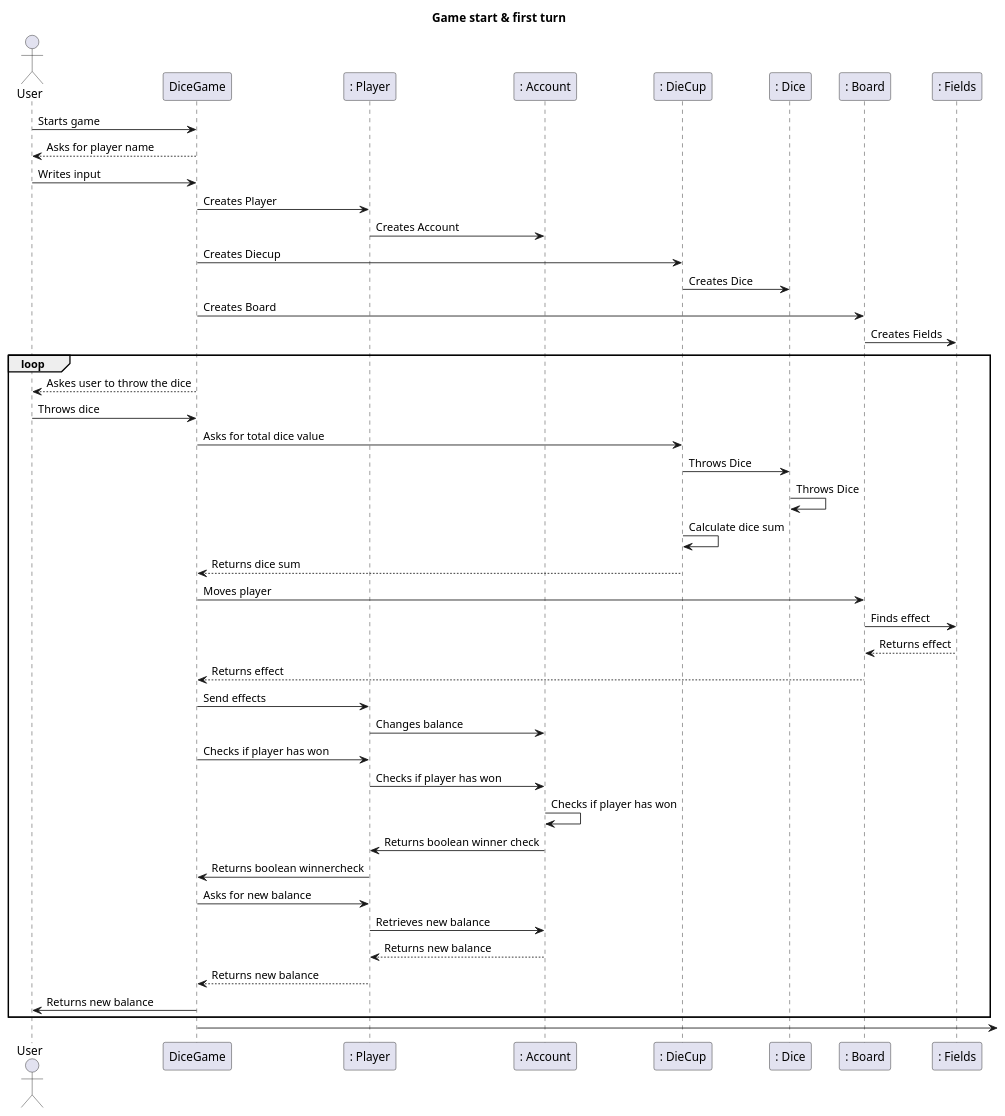
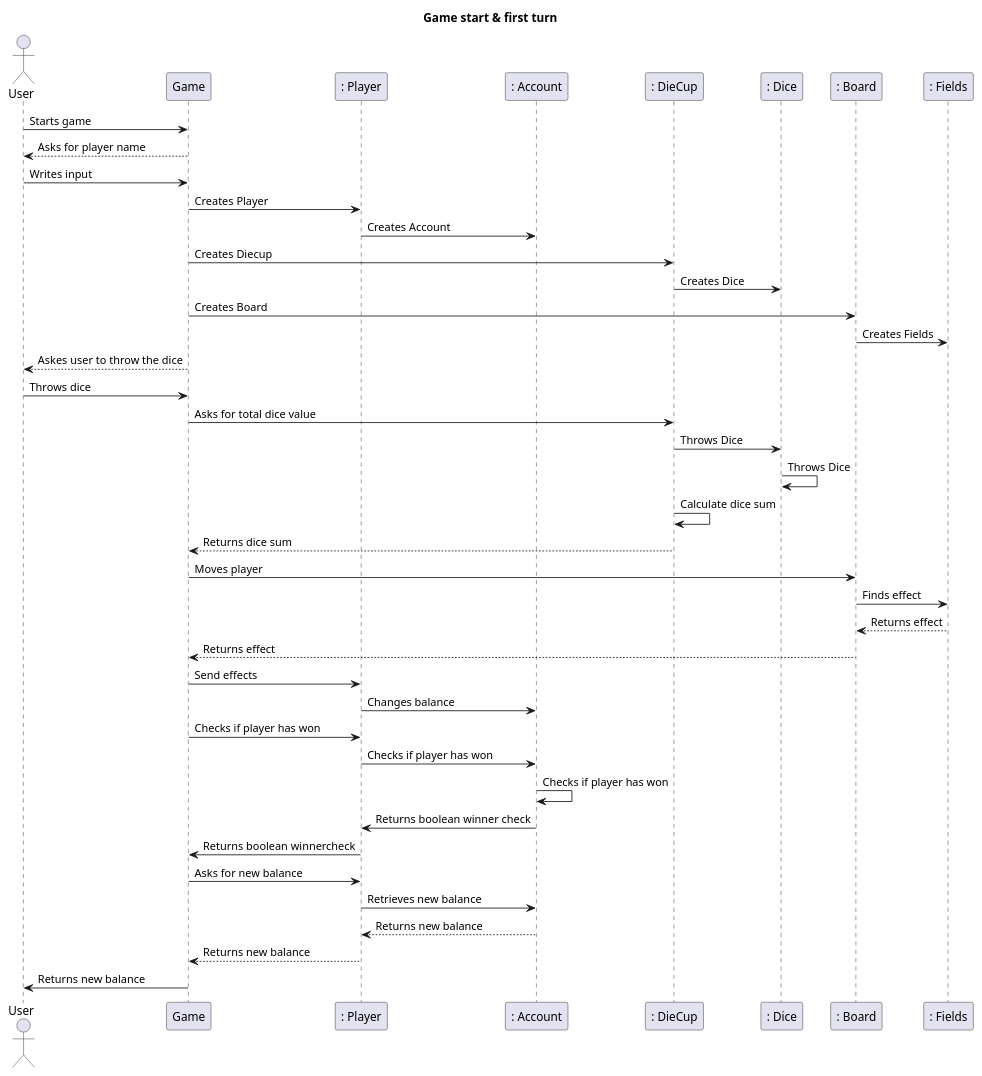
One commit to PhilipCramer/CDIO_del2 changed the diagram in src/main/resources/SystemSequenceDiagram.puml. Above: the diagram before and after it, drawn with PlantUML.

Commit message:
Minor changes to System Sequence Diagram

```diff
--- a/src/main/resources/SystemSequenceDiagram.puml
+++ b/src/main/resources/SystemSequenceDiagram.puml
@@ -1,49 +1,48 @@
 @startuml SystemSequenceDiagram
 title "Game start & first turn"
 actor User
-participant DiceGame
+participant Game
+participant Game
 participant ": Player"
 participant ": Account"
 participant ": DieCup"
 participant ": Dice"
 participant ": Board"
 participant ": Fields"
 
-User -> DiceGame : Starts game
-DiceGame --> User : Asks for player name
-User -> DiceGame : Writes input
-DiceGame -> ": Player" : Creates Player 
+User -> Game : Starts game
+Game --> User : Asks for player name
+User -> Game : Writes input
+Game -> ": Player" : Creates Player 
 ": Player" -> ": Account" : Creates Account
-DiceGame -> ": DieCup" : Creates Diecup
+Game -> ": DieCup" : Creates Diecup
 ": DieCup" -> ": Dice" : Creates Dice
-DiceGame -> ": Board" : Creates Board
+Game -> ": Board" : Creates Board
 ": Board" -> ": Fields" : Creates Fields
-loop
-DiceGame --> User : Askes user to throw the dice
-User -> DiceGame : Throws dice
-DiceGame -> ": DieCup" : Asks for total dice value
+Game --> User : Askes user to throw the dice
+User -> Game : Throws dice
+Game -> ": DieCup" : Asks for total dice value
 ": DieCup" -> ": Dice" : Throws Dice
 ": Dice" -> ": Dice" : Throws Dice
 ": DieCup" -> ": DieCup" : Calculate dice sum
-": DieCup" --> DiceGame : Returns dice sum
-DiceGame -> ": Board" : Moves player
+": DieCup" --> Game : Returns dice sum
+Game -> ": Board" : Moves player
 ": Board" -> ": Fields" : Finds effect
 ": Fields" --> ": Board" : Returns effect
-": Board" --> DiceGame : Returns effect
-DiceGame -> ": Player" : Send effects
+": Board" --> Game : Returns effect
+Game -> ": Player" : Send effects
 ": Player" -> ": Account" : Changes balance
-DiceGame -> ": Player" : Checks if player has won
+Game -> ": Player" : Checks if player has won
 ": Player" -> ": Account" : Checks if player has won
 ": Account" -> ": Account" : Checks if player has won
 ": Account" -> ": Player" : Returns boolean winner check
-": Player" -> DiceGame : Returns boolean winnercheck
-DiceGame -> ": Player" : Asks for new balance
+": Player" -> Game : Returns boolean winnercheck
+Game -> ": Player" : Asks for new balance
 ": Player" -> ": Account" : Retrieves new balance
 ": Account" --> ": Player" : Returns new balance
-": Player" --> DiceGame : Returns new balance
-DiceGame -> User : Returns new balance
-end
-DiceGame ->
+": Player" --> Game : Returns new balance
+Game -> User : Returns new balance
+
 
 
 @enduml
```
